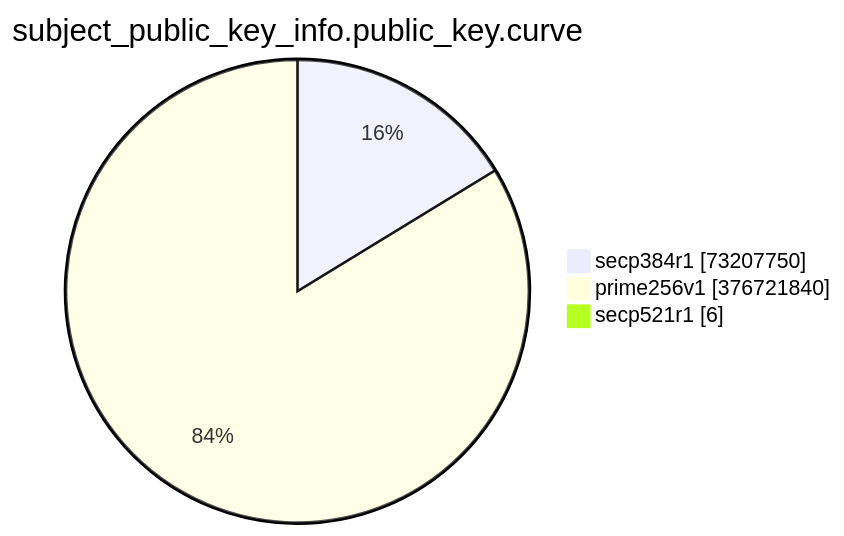
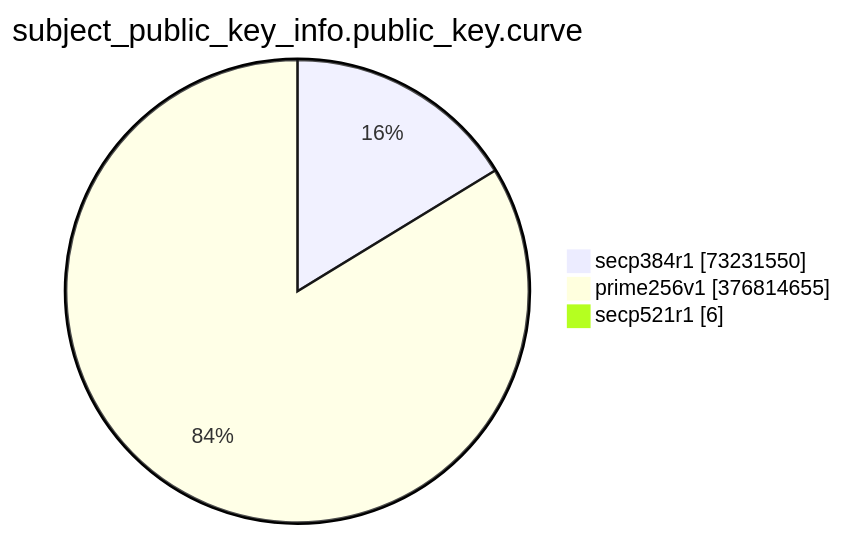
Before and after one commit to christiankrug/ctmonitor_visualization: the eighth of 15 diagrams in TOTAL/README.md, drawn with Mermaid. The commit also changed other lines of this file, not shown here.

````diff
--- a/TOTAL/README.md
+++ b/TOTAL/README.md
@@ -3094,7 +3094,7 @@
 ```mermaid
 pie showData
 title subject_public_key_info.public_key.curve
-"secp384r1" :73207750
-"prime256v1" :376721840
+"secp384r1" :73231550
+"prime256v1" :376814655
 "secp521r1" :6
 ```
````
